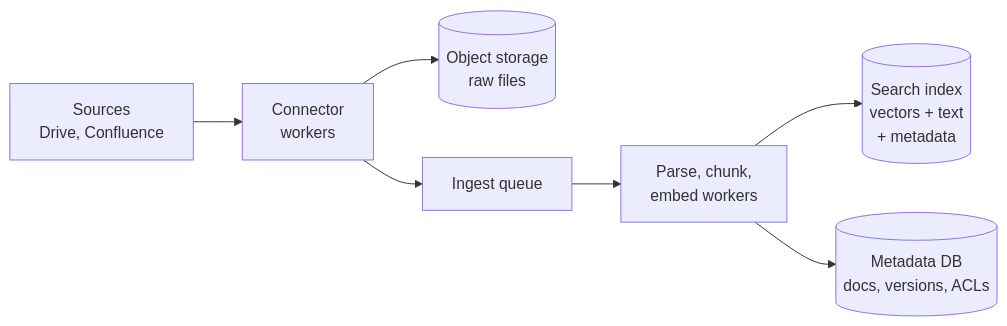
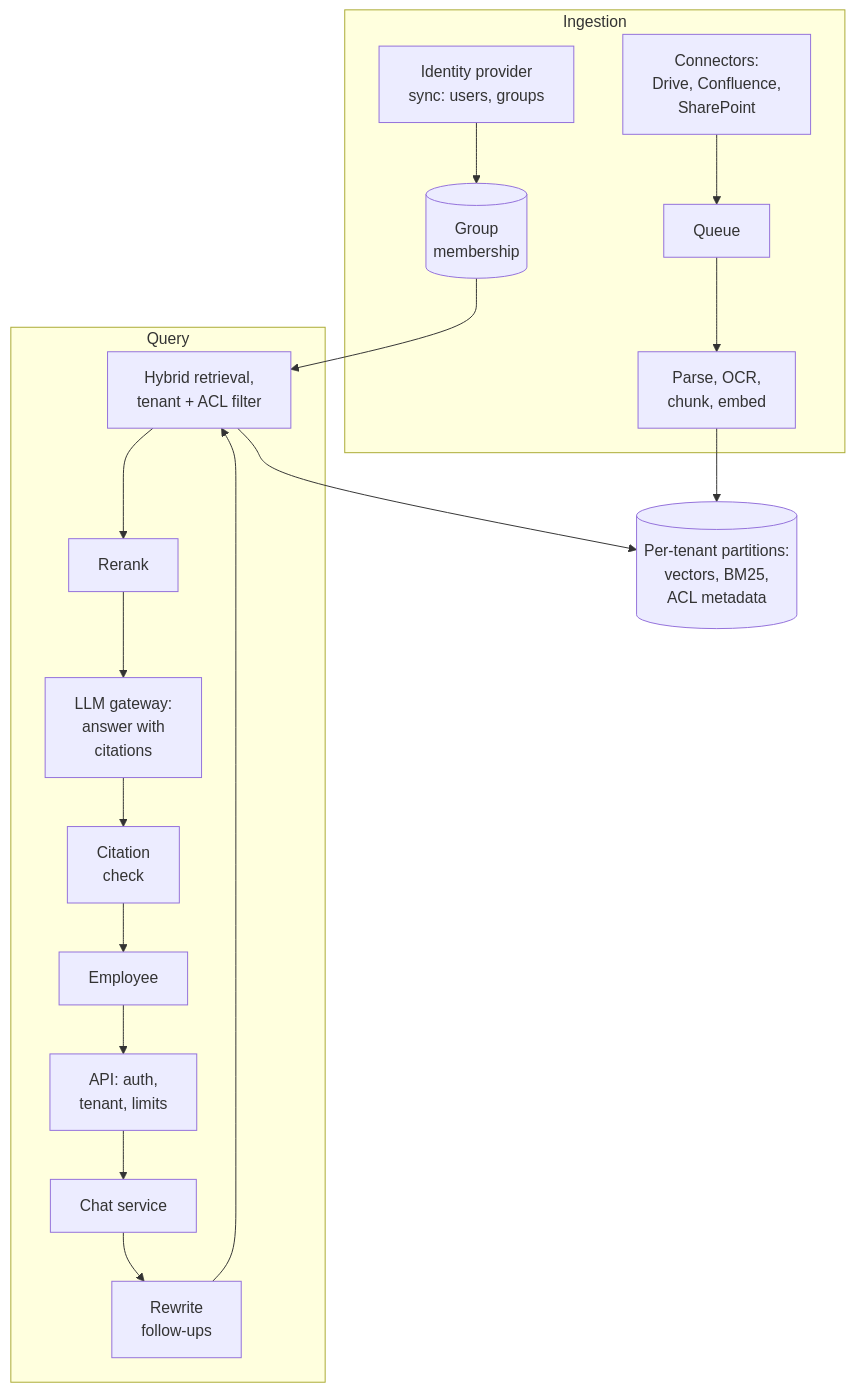
Before and after one commit to shubamchaudhary/CodeNITW: the first of 2 diagrams in src/Data/aiStackDocs/DP-01.md, drawn with Mermaid. The commit also changed other lines of this file and 52 other files, not shown here.

````diff
--- a/src/Data/aiStackDocs/DP-01.md
+++ b/src/Data/aiStackDocs/DP-01.md
@@ -67,9 +50,21 @@
 ```mermaid
-flowchart LR
-    SRC["Sources<br/>Drive, Confluence"] --> CON["Connector<br/>workers"]
-    CON --> RAW[("Object storage<br/>raw files")]
-    CON --> Q["Ingest queue"]
-    Q --> PW["Parse, chunk,<br/>embed workers"]
-    PW --> IDX[("Search index<br/>vectors + text<br/>+ metadata")]
-    PW --> META[("Metadata DB<br/>docs, versions, ACLs")]
+flowchart TB
+    subgraph ING["Ingestion"]
+        CN["Connectors:<br/>Drive, Confluence,<br/>SharePoint"] --> Q1["Queue"]
+        Q1 --> PW["Parse, OCR,<br/>chunk, embed"]
+        IDP["Identity provider<br/>sync: users, groups"] --> ACL[("Group<br/>membership")]
+    end
+    subgraph QRY["Query"]
+        U["Employee"] --> API["API: auth,<br/>tenant, limits"]
+        API --> CS["Chat service"]
+        CS --> RW["Rewrite<br/>follow-ups"]
+        RW --> RET["Hybrid retrieval,<br/>tenant + ACL filter"]
+        RET --> RR["Rerank"]
+        RR --> GEN["LLM gateway:<br/>answer with<br/>citations"]
+        GEN --> CV["Citation<br/>check"]
+        CV --> U
+    end
+    PW --> IX[("Per-tenant partitions:<br/>vectors, BM25,<br/>ACL metadata")]
+    RET --> IX
+    ACL --> RET
 ```
````
